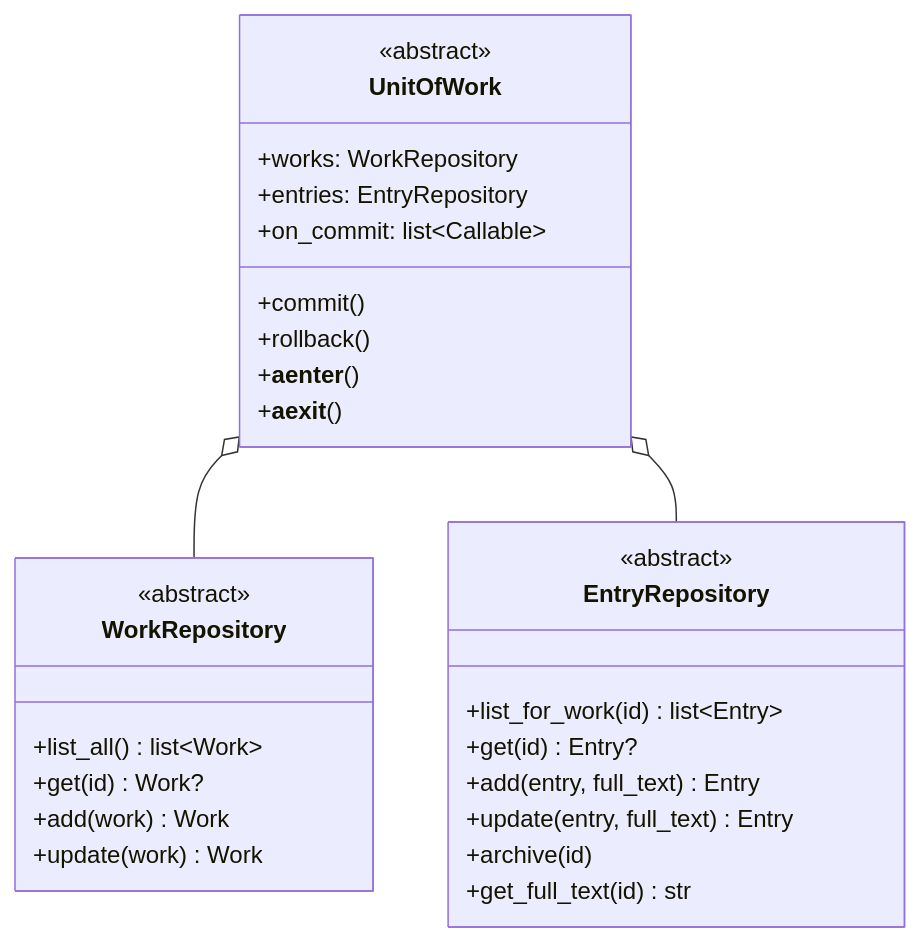
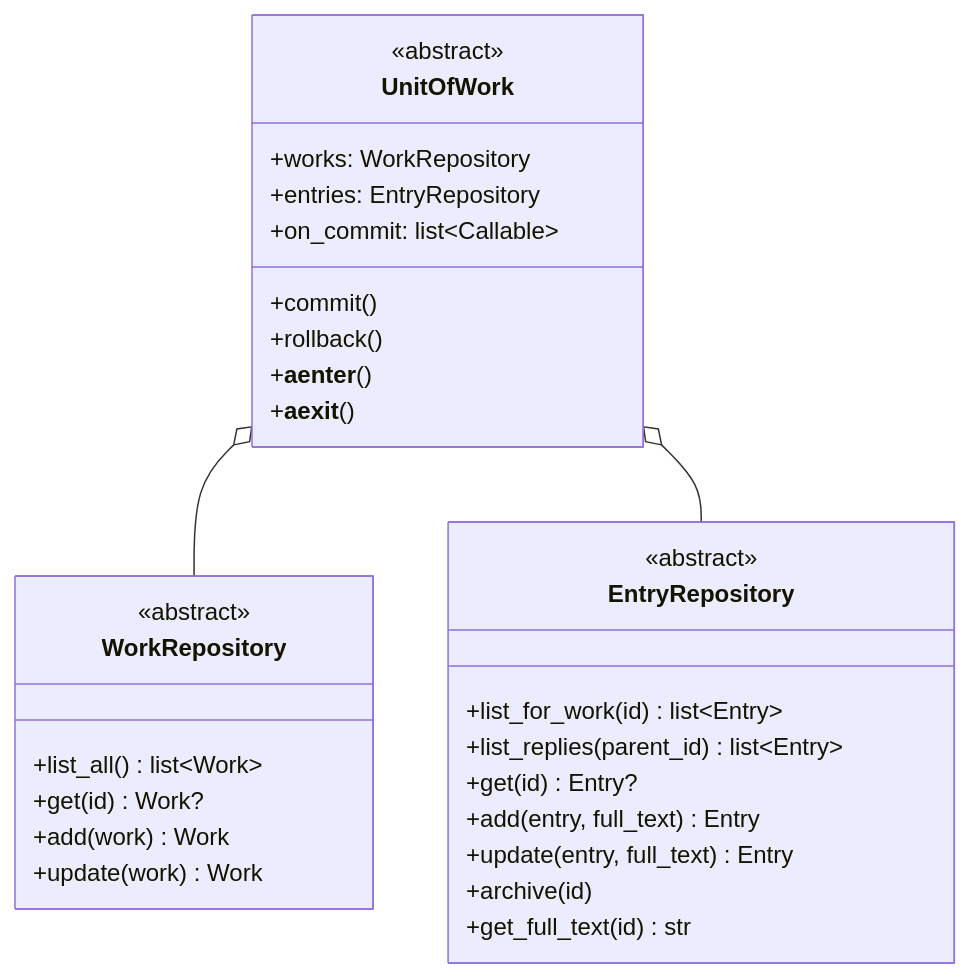
Before and after one commit to RohanRajendra/book-club-mini: the second of 2 diagrams in docs/domain-model.md, drawn with Mermaid. The commit also changed 11 other files, not shown here.

````diff
--- a/docs/domain-model.md
+++ b/docs/domain-model.md
@@ -349,32 +349,33 @@
 ```mermaid
 classDiagram
     class UnitOfWork {
         <<abstract>>
         +works: WorkRepository
         +entries: EntryRepository
         +on_commit: list~Callable~
         +commit()
         +rollback()
         +__aenter__()
         +__aexit__()
     }
     class WorkRepository {
         <<abstract>>
         +list_all() list~Work~
         +get(id) Work?
         +add(work) Work
         +update(work) Work
     }
     class EntryRepository {
         <<abstract>>
         +list_for_work(id) list~Entry~
+        +list_replies(parent_id) list~Entry~
         +get(id) Entry?
         +add(entry, full_text) Entry
         +update(entry, full_text) Entry
         +archive(id)
         +get_full_text(id) str
     }
 
     UnitOfWork o-- WorkRepository
     UnitOfWork o-- EntryRepository
 ```
````
